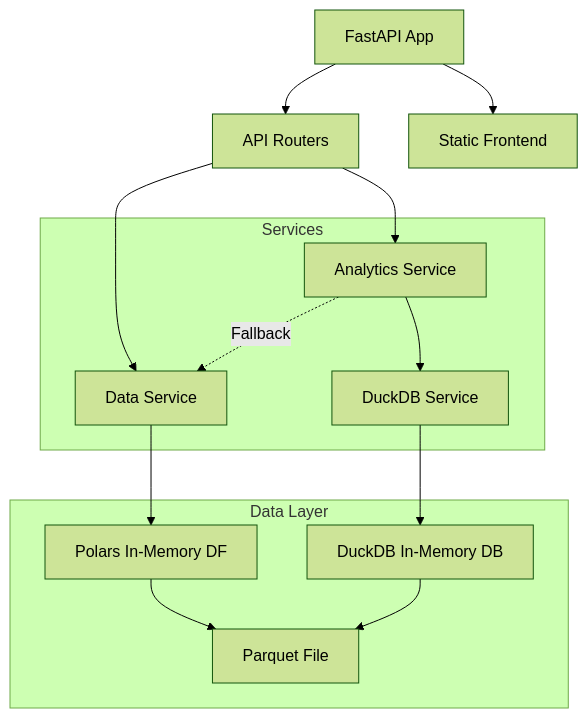
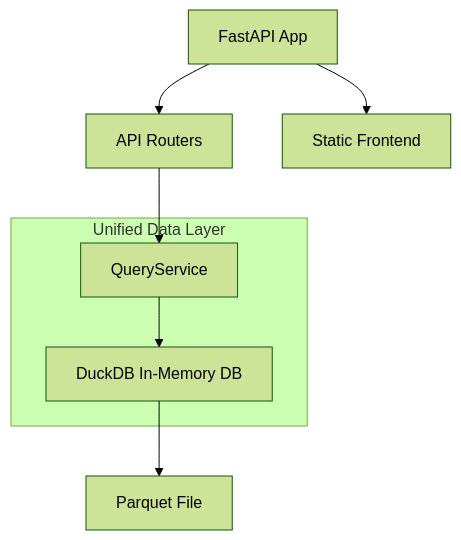
The first of 3 diagrams in docs/backend_detailed.md (bsamaha/dk), drawn with Mermaid (forest theme) before and after one commit. The commit also changed other lines of this file and 27 other files, not shown here.

````diff
--- a/docs/backend_detailed.md
+++ b/docs/backend_detailed.md
@@ -20,23 +21,12 @@
 ```mermaid
 graph TD
     A[FastAPI App] --> B[API Routers]
-    B --> C[Analytics Service]
-    B --> D[Data Service]
-    C --> E[DuckDB Service]
-    C -. Fallback .-> D
-    D --> F[Polars In-Memory DF]
-    E --> G[DuckDB In-Memory DB]
-    F --> H[Parquet File]
-    G --> H
-    A --> I[Static Frontend]
-    subgraph Services
+    B --> C[QueryService]
+    C --> D[DuckDB In-Memory DB]
+    D --> E[Parquet File]
+    A --> F[Static Frontend]
+    subgraph Unified Data Layer
         C
         D
-        E
-    end
-    subgraph Data Layer
-        F
-        G
-        H
     end
 ```
````
